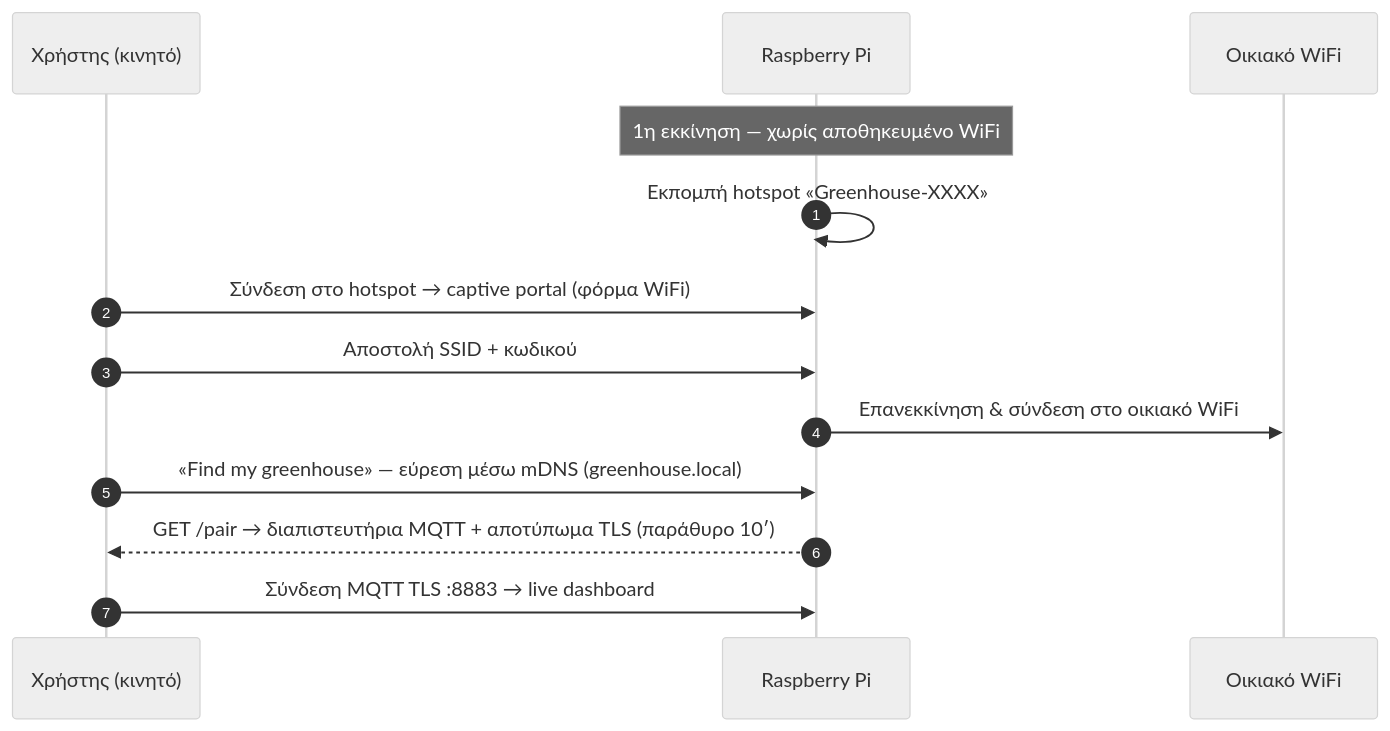
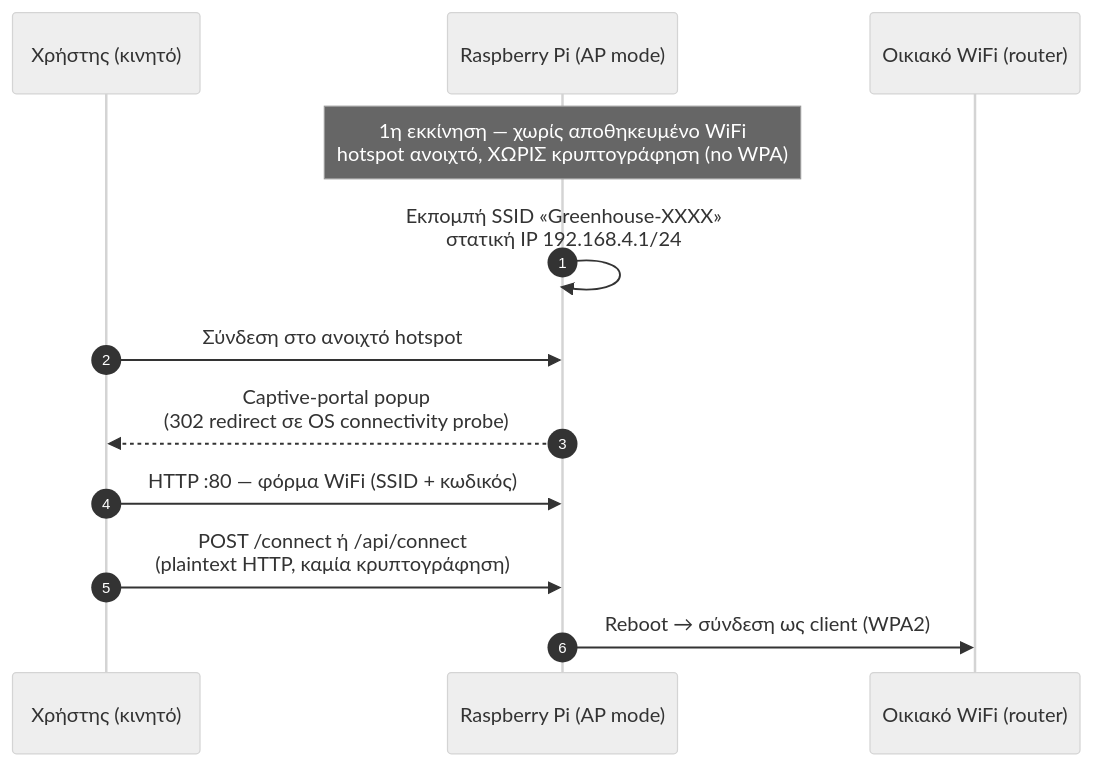
The seventh of 8 diagrams in docs/ARCHITECTURE.md (vtsitotas/GreenHouse), drawn with Mermaid (neutral theme) before and after one commit. The commit also changed other lines of this file, not shown here.

First line of the commit message:
docs: split ARCHITECTURE.md diagrams into focused sub-diagrams

````diff
--- a/docs/ARCHITECTURE.md
+++ b/docs/ARCHITECTURE.md
@@ -126,16 +224,15 @@
 ```mermaid
 sequenceDiagram
     autonumber
     participant U as Χρήστης (κινητό)
-    participant Pi as Raspberry Pi
-    participant W as Οικιακό WiFi
+    participant Pi as Raspberry Pi (AP mode)
+    participant W as Οικιακό WiFi (router)
 
-    Note over Pi: 1η εκκίνηση — χωρίς αποθηκευμένο WiFi
-    Pi->>Pi: Εκπομπή hotspot «Greenhouse-XXXX»
-    U->>Pi: Σύνδεση στο hotspot → captive portal (φόρμα WiFi)
-    U->>Pi: Αποστολή SSID + κωδικού
-    Pi->>W: Επανεκκίνηση & σύνδεση στο οικιακό WiFi
-    U->>Pi: «Find my greenhouse» — εύρεση μέσω mDNS (greenhouse.local)
-    Pi-->>U: GET /pair → διαπιστευτήρια MQTT + αποτύπωμα TLS (παράθυρο 10′)
-    U->>Pi: Σύνδεση MQTT TLS :8883 → live dashboard
+    Note over Pi: 1η εκκίνηση — χωρίς αποθηκευμένο WiFi<br/>hotspot ανοιχτό, ΧΩΡΙΣ κρυπτογράφηση (no WPA)
+    Pi->>Pi: Εκπομπή SSID «Greenhouse-XXXX»<br/>στατική IP 192.168.4.1/24
+    U->>Pi: Σύνδεση στο ανοιχτό hotspot
+    Pi-->>U: Captive-portal popup<br/>(302 redirect σε OS connectivity probe)
+    U->>Pi: HTTP :80 — φόρμα WiFi (SSID + κωδικός)
+    U->>Pi: POST /connect ή /api/connect<br/>(plaintext HTTP, καμία κρυπτογράφηση)
+    Pi->>W: Reboot → σύνδεση ως client (WPA2)
 ```
````
